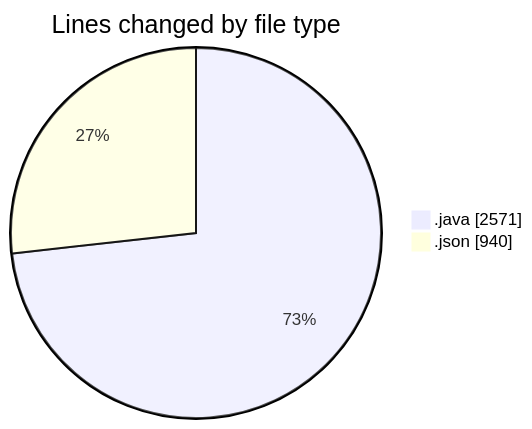
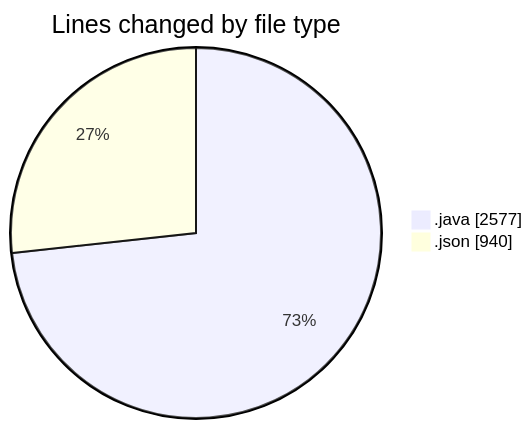
One commit to ricardozamudiocil/code-tracking changed the first of 2 diagrams in 2026-04-28/cilapp/README.md. Above: the diagram before and after it, drawn with Mermaid. The commit also changed other lines of this file and 1 other file, not shown here.

````diff
--- a/2026-04-28/cilapp/README.md
+++ b/2026-04-28/cilapp/README.md
@@ -23,6 +23,6 @@
 ```mermaid
 pie showData
 title Lines changed by file type
-".java" : 2571
+".java" : 2577
 ".json" : 940
 ```
````
